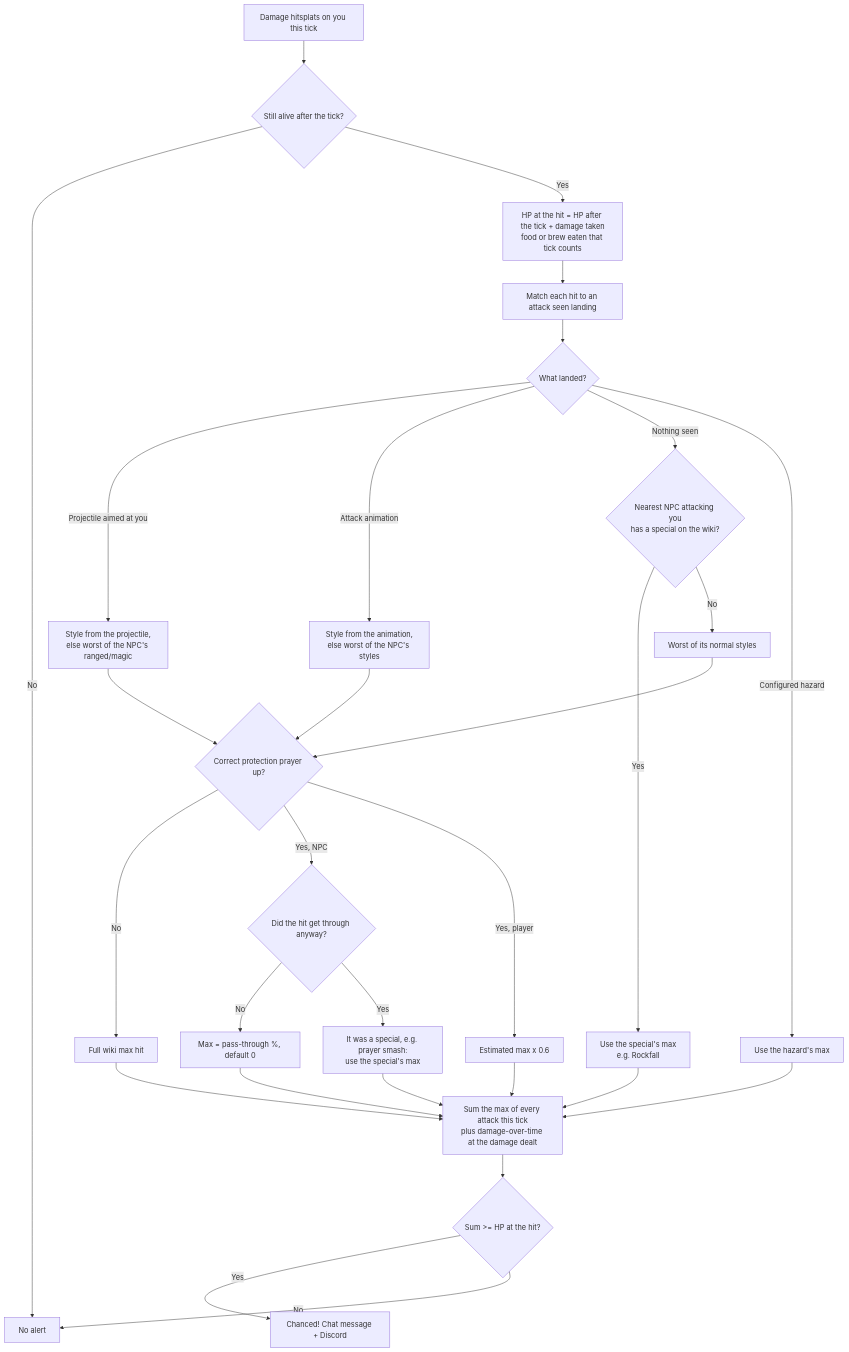
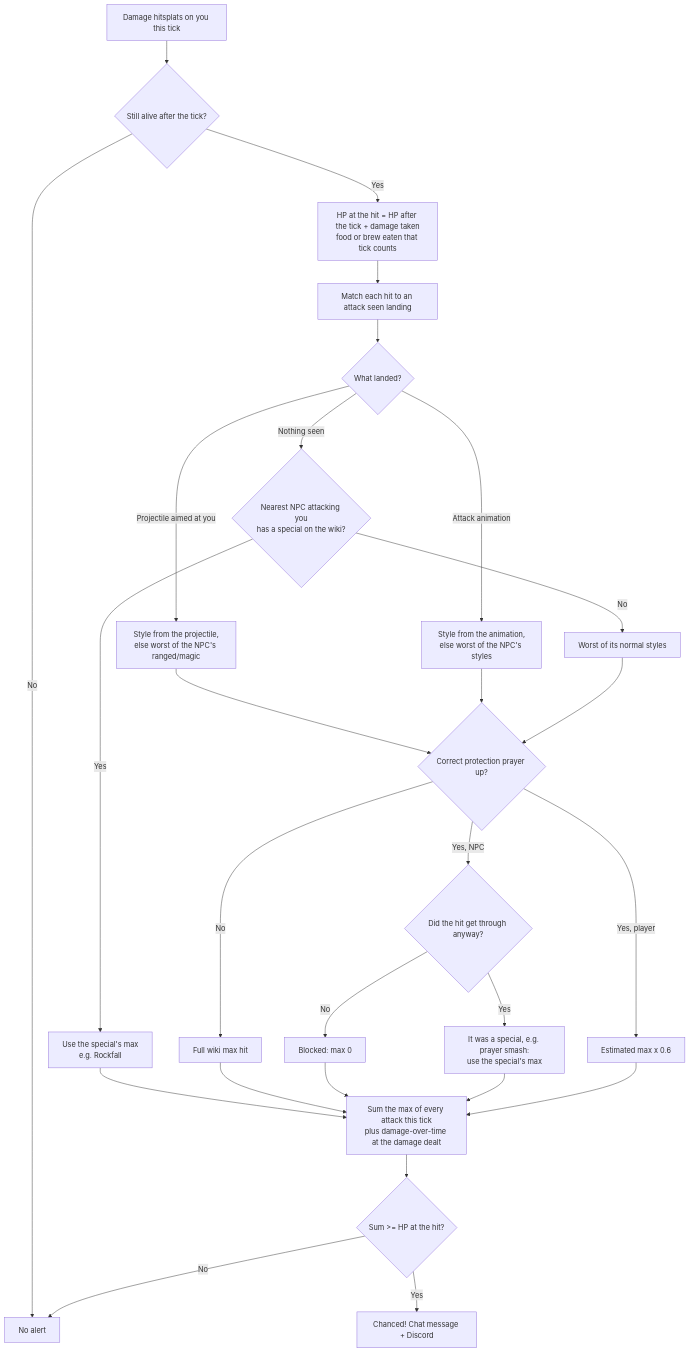
One commit to crejaud/runelite-chanced changed the diagram in README.md. Above: the diagram before and after it, drawn with Mermaid. The commit also changed other lines of this file and 8 other files, not shown here.

````diff
--- a/README.md
+++ b/README.md
@@ -18,24 +18,23 @@
 ```mermaid
 flowchart TD
     A[Damage hitsplats on you this tick] --> B{Still alive after the tick?}
     B -- No --> X[No alert]
     B -- Yes --> C[HP at the hit = HP after the tick + damage taken<br/>food or brew eaten that tick counts]
     C --> D[Match each hit to an attack seen landing]
     D --> E{What landed?}
     E -- Projectile aimed at you --> F[Style from the projectile,<br/>else worst of the NPC's ranged/magic]
     E -- Attack animation --> G[Style from the animation,<br/>else worst of the NPC's styles]
     E -- Nothing seen --> H{Nearest NPC attacking you<br/>has a special on the wiki?}
     H -- Yes --> I[Use the special's max<br/>e.g. Rockfall]
     H -- No --> J[Worst of its normal styles]
-    E -- Configured hazard --> K[Use the hazard's max]
     F & G & J --> L{Correct protection prayer up?}
     L -- "No" --> M[Full wiki max hit]
     L -- "Yes, NPC" --> N{Did the hit get through anyway?}
-    N -- No --> O[Max = pass-through %, default 0]
+    N -- No --> O[Blocked: max 0]
     N -- Yes --> P[It was a special, e.g. prayer smash:<br/>use the special's max]
     L -- "Yes, player" --> Q[Estimated max x 0.6]
-    I & K & M & O & P & Q --> R[Sum the max of every attack this tick<br/>plus damage-over-time at the damage dealt]
+    I & M & O & P & Q --> R[Sum the max of every attack this tick<br/>plus damage-over-time at the damage dealt]
     R --> S{Sum >= HP at the hit?}
     S -- Yes --> T[Chanced! Chat message + Discord]
     S -- No --> X
 ```
````
